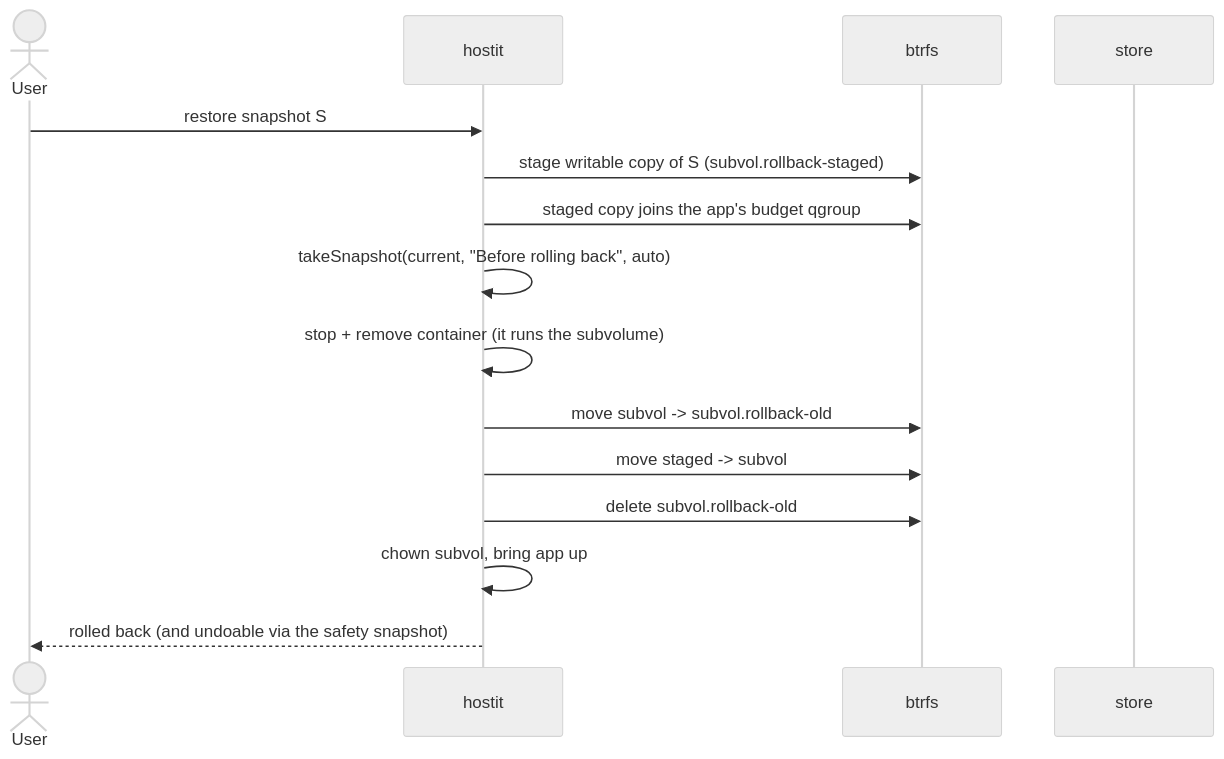
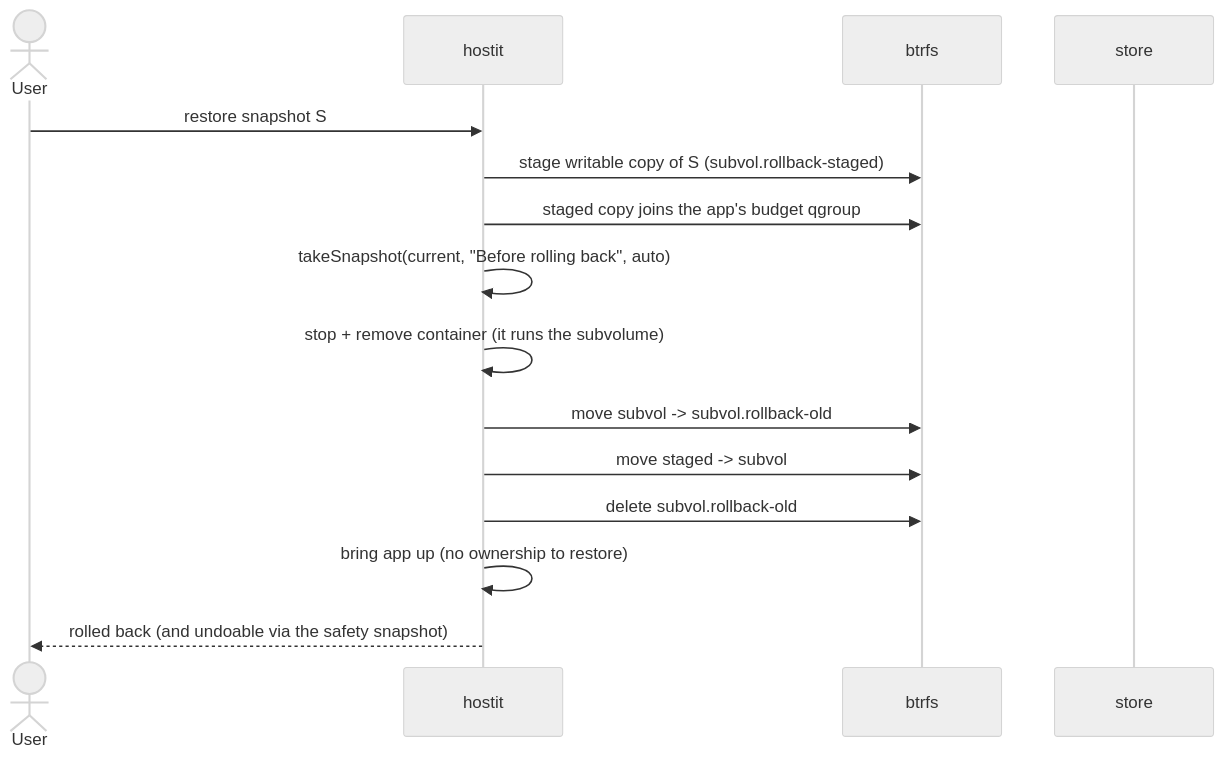
The diagram in docs/features/snapshots-rollback.md (binwiederhier/hostit), drawn with Mermaid (neutral theme) before and after one commit. The commit also changed other lines of this file and 14 other files, not shown here.

````diff
--- a/docs/features/snapshots-rollback.md
+++ b/docs/features/snapshots-rollback.md
@@ -70,17 +70,17 @@
 ```mermaid
 sequenceDiagram
     actor User
     participant hostit
     participant btrfs
     participant store
     User->>hostit: restore snapshot S
     hostit->>btrfs: stage writable copy of S (subvol.rollback-staged)
     hostit->>btrfs: staged copy joins the app's budget qgroup
     hostit->>hostit: takeSnapshot(current, "Before rolling back", auto)
     hostit->>hostit: stop + remove container (it runs the subvolume)
     hostit->>btrfs: move subvol -> subvol.rollback-old
     hostit->>btrfs: move staged -> subvol
     hostit->>btrfs: delete subvol.rollback-old
-    hostit->>hostit: chown subvol, bring app up
+    hostit->>hostit: bring app up (no ownership to restore)
     hostit-->>User: rolled back (and undoable via the safety snapshot)
 ```
````
